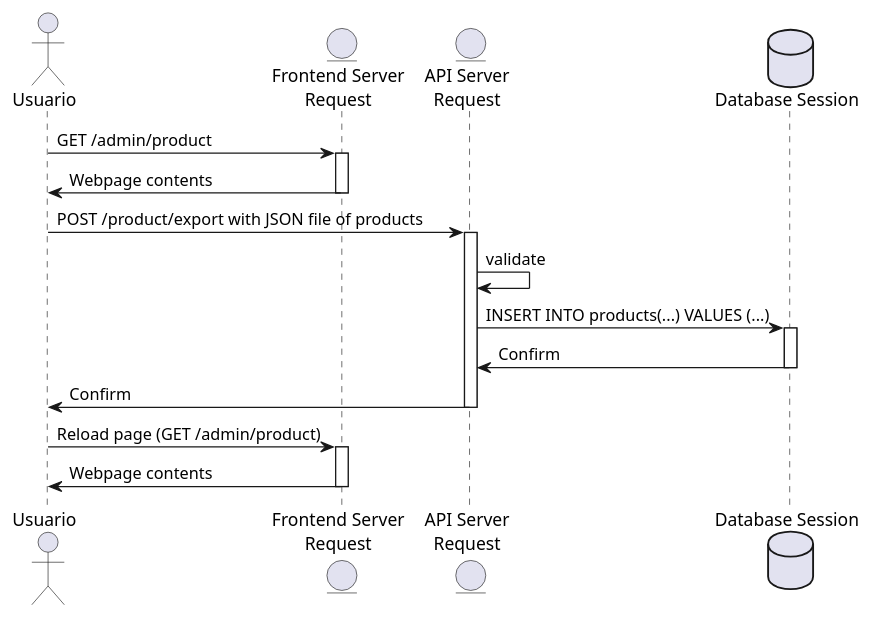
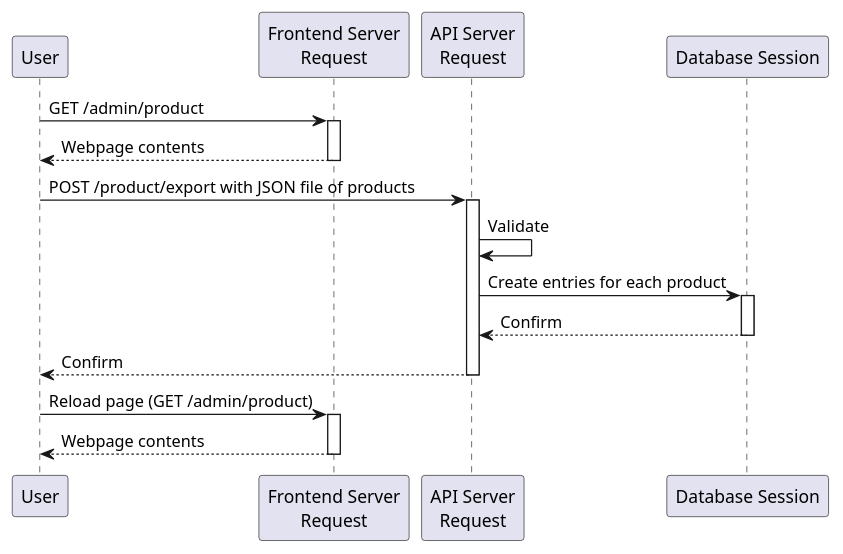
One commit to wuiquique/mycelium-local changed the diagram in uml/requirements/L008.wsd. Above: the diagram before and after it, drawn with PlantUML. The commit also changed 13 other files, not shown here.

Commit message:
Fix sequence diagrams + convert some others

```diff
--- a/uml/requirements/L008.wsd
+++ b/uml/requirements/L008.wsd
@@ -1,26 +1,26 @@
 @startuml sequence1
 
-actor "Usuario" as user
-entity "Frontend Server\nRequest" as fe
-entity "API Server\nRequest" as api
-database "Database Session" as db
+participant "User" as user
+participant "Frontend Server\nRequest" as fe
+participant "API Server\nRequest" as api
+participant "Database Session" as db
 
 user -> fe : GET /admin/product
 activate fe
-fe -> user : Webpage contents
+user <-- fe : Webpage contents
 deactivate fe
 user -> api : POST /product/export with JSON file of products
 activate api
-api -> api : validate
-api -> db : INSERT INTO products(...) VALUES (...)
+api -> api : Validate
+api -> db : Create entries for each product
 activate db
-db -> api : Confirm
+api <-- db : Confirm
 deactivate db
-api -> user : Confirm
+user <-- api : Confirm
 deactivate api
 user -> fe : Reload page (GET /admin/product)
 activate fe
-fe -> user : Webpage contents
+user <-- fe : Webpage contents
 deactivate fe
 
 @enduml
```
